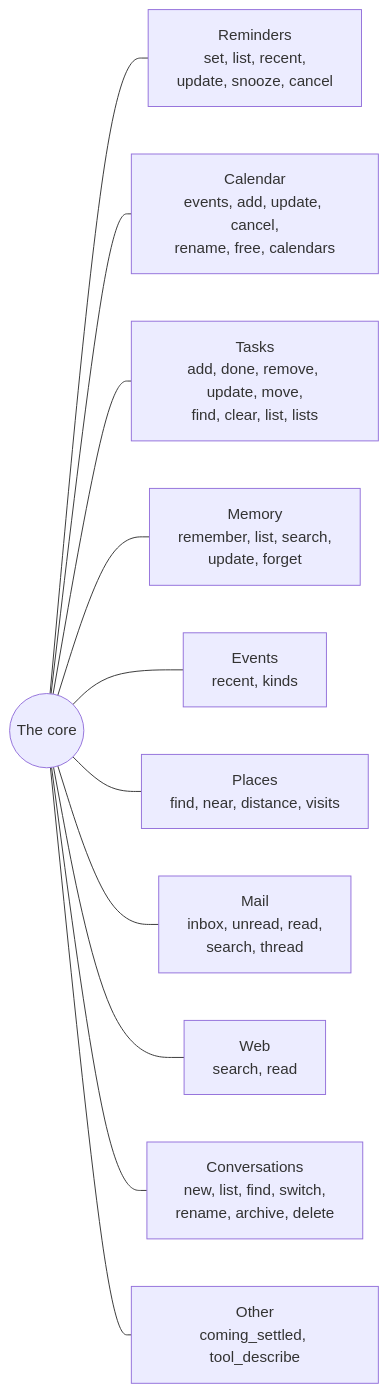
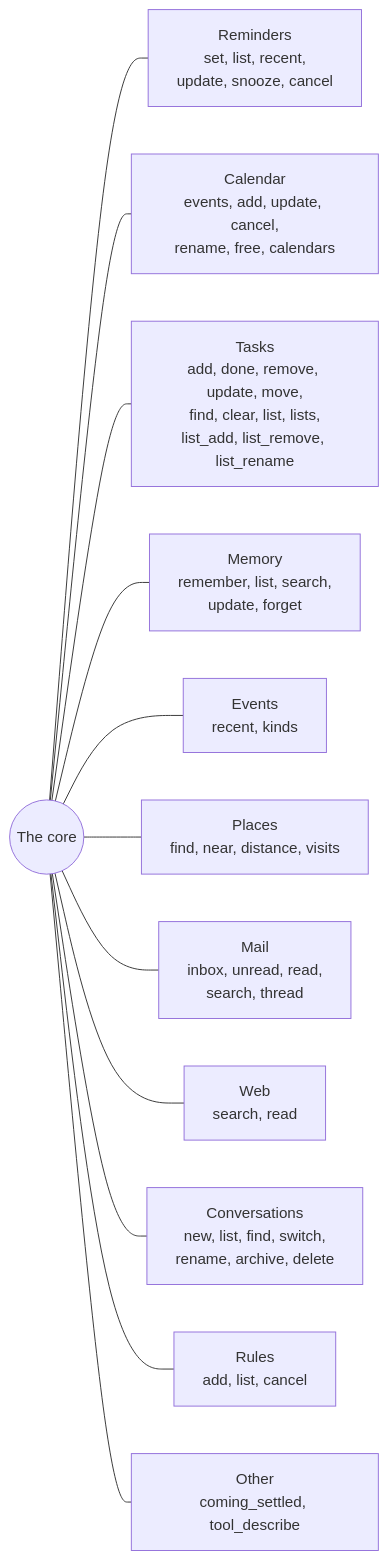
One commit to DhanushRamesh/personal-assistant changed the second of 5 diagrams in FEATURES.md. Above: the diagram before and after it, drawn with Mermaid. The commit also changed other lines of this file and 7 other files, not shown here.

````diff
--- a/FEATURES.md
+++ b/FEATURES.md
@@ -63,15 +63,16 @@
 ```mermaid
 flowchart LR
     CORE(("The core"))
 
     CORE --- REM["Reminders<br/>set, list, recent,<br/>update, snooze, cancel"]
     CORE --- CAL["Calendar<br/>events, add, update, cancel,<br/>rename, free, calendars"]
-    CORE --- TASK["Tasks<br/>add, done, remove, update, move,<br/>find, clear, list, lists"]
+    CORE --- TASK["Tasks<br/>add, done, remove, update, move,<br/>find, clear, list, lists,<br/>list_add, list_remove, list_rename"]
     CORE --- MEM["Memory<br/>remember, list, search,<br/>update, forget"]
     CORE --- EV["Events<br/>recent, kinds"]
     CORE --- PLACE["Places<br/>find, near, distance, visits"]
     CORE --- MAIL["Mail<br/>inbox, unread, read,<br/>search, thread"]
     CORE --- WEB["Web<br/>search, read"]
     CORE --- CONV["Conversations<br/>new, list, find, switch,<br/>rename, archive, delete"]
+    CORE --- RULE["Rules<br/>add, list, cancel"]
     CORE --- MISC["Other<br/>coming_settled, tool_describe"]
 ```
````
